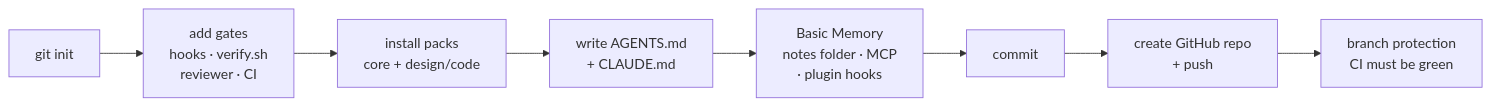
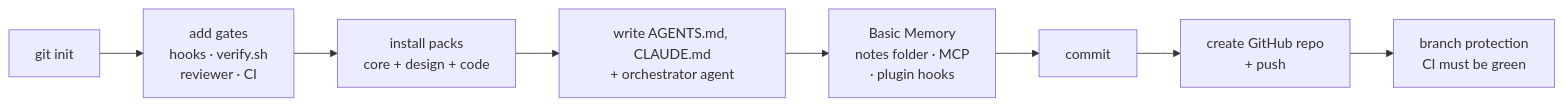
One commit to milosanokklis-debug/new_ai_setup changed the third of 6 diagrams in README.md. Above: the diagram before and after it, drawn with Mermaid. The commit also changed other lines of this file and 9 other files, not shown here.

First line of the commit message:
agent-kit 0.3.0: orchestrator main session, all packs by default, zsl planning

````diff
--- a/README.md
+++ b/README.md
@@ -126,10 +128,10 @@
 ```mermaid
 flowchart LR
     A["git init"] --> B["add gates<br/>hooks · verify.sh<br/>reviewer · CI"]
-    B --> C["install packs<br/>core + design/code"]
-    C --> D["write AGENTS.md<br/>+ CLAUDE.md"]
+    B --> C["install packs<br/>core + design + code"]
+    C --> D["write AGENTS.md, CLAUDE.md<br/>+ orchestrator agent"]
     D --> E["Basic Memory<br/>notes folder · MCP<br/>· plugin hooks"]
     E --> F["commit"]
     F --> G["create GitHub repo<br/>+ push"]
     G --> H["branch protection<br/>CI must be green"]
 ```
````
